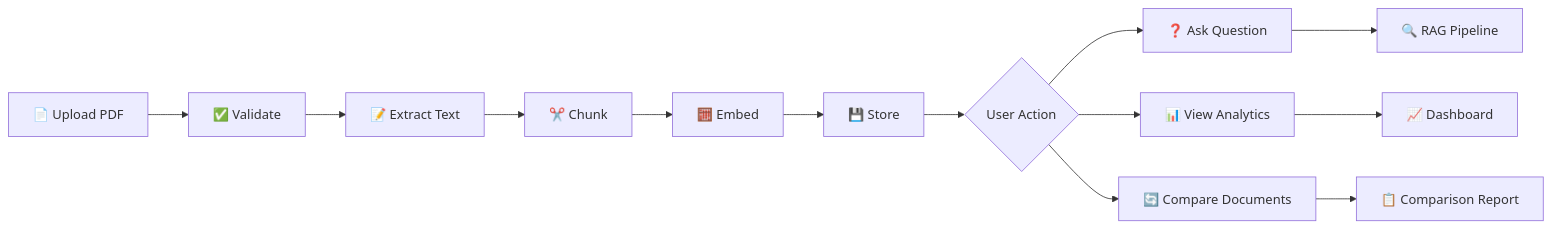
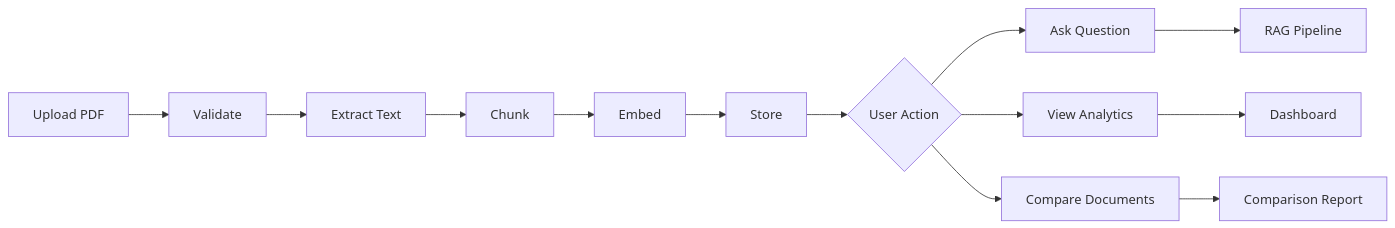
The second of 3 diagrams in README.md (Samar-365/Financial-Document-Intelligence-RAG-Analytics-Platform), drawn with Mermaid before and after one commit. The commit also changed other lines of this file and 3 other files, not shown here.

````diff
--- a/README.md
+++ b/README.md
@@ -225,15 +224,15 @@
 ```mermaid
 flowchart LR
-    A[📄 Upload PDF] --> B[✅ Validate]
-    B --> C[📝 Extract Text]
-    C --> D[✂️ Chunk]
-    D --> E[🧮 Embed]
-    E --> F[💾 Store]
+    A[ Upload PDF] --> B[ Validate]
+    B --> C[ Extract Text]
+    C --> D[ Chunk]
+    D --> E[ Embed]
+    E --> F[ Store]
     F --> G{User Action}
-    G --> H[❓ Ask Question]
-    G --> I[📊 View Analytics]
-    G --> J[🔄 Compare Documents]
-    H --> K[🔍 RAG Pipeline]
-    I --> L[📈 Dashboard]
-    J --> M[📋 Comparison Report]
+    G --> H[ Ask Question]
+    G --> I[ View Analytics]
+    G --> J[ Compare Documents]
+    H --> K[ RAG Pipeline]
+    I --> L[ Dashboard]
+    J --> M[ Comparison Report]
 ```
````
